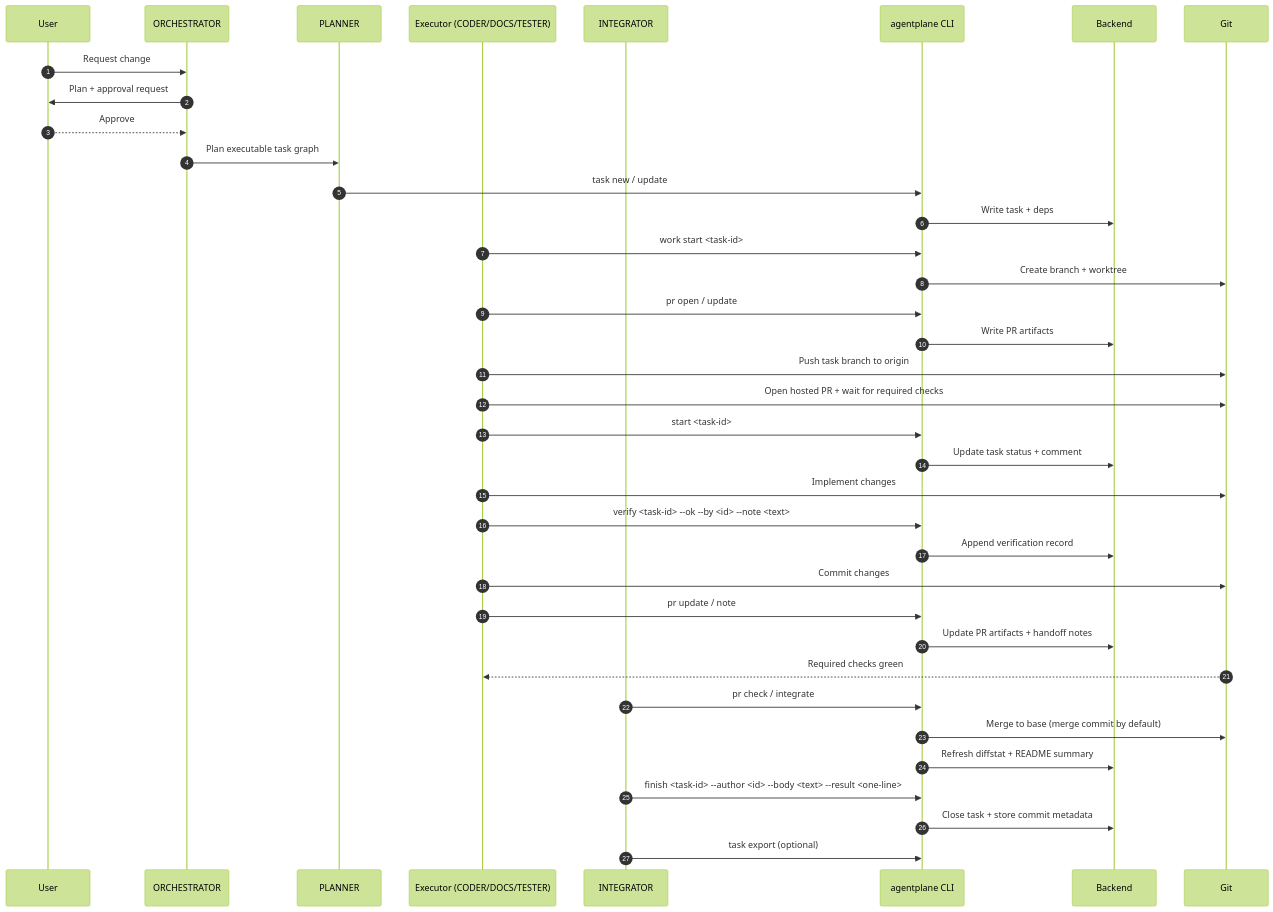
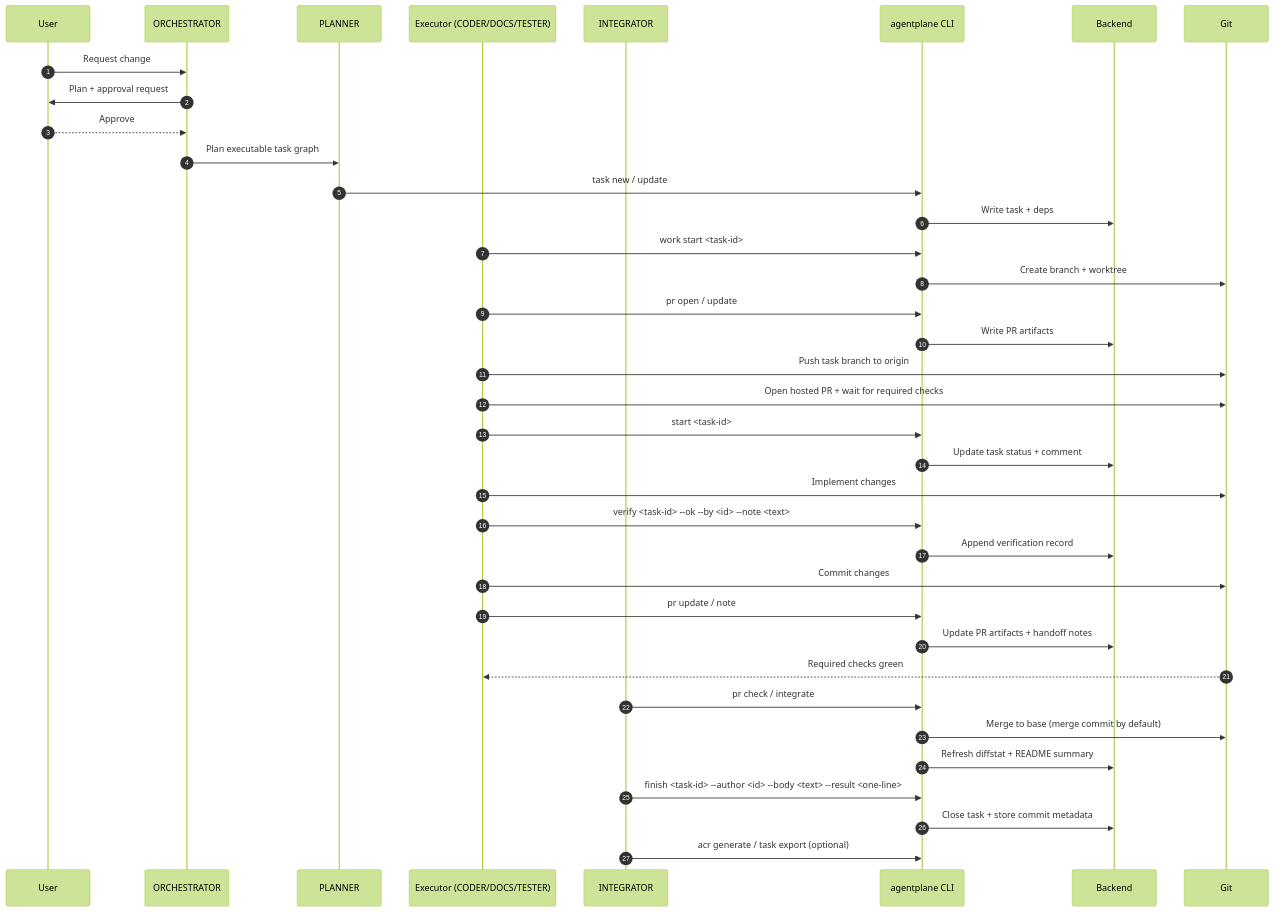
Before and after one commit to basilisk-labs/agentplane: the third of 3 diagrams in docs/user/task-lifecycle.mdx, drawn with Mermaid (forest theme). The commit also changed other lines of this file and 7 other files, not shown here.

````diff
--- a/docs/user/task-lifecycle.mdx
+++ b/docs/user/task-lifecycle.mdx
@@ -155,40 +157,40 @@
 ```mermaid
 sequenceDiagram
   autonumber
   participant U as User
   participant O as ORCHESTRATOR
   participant P as PLANNER
   participant E as Executor (CODER/DOCS/TESTER)
   participant I as INTEGRATOR
   participant CLI as agentplane CLI
   participant B as Backend
   participant G as Git
 
   U->>O: Request change
   O->>U: Plan + approval request
   U-->>O: Approve
   O->>P: Plan executable task graph
   P->>CLI: task new / update
   CLI->>B: Write task + deps
   E->>CLI: work start <task-id>
   CLI->>G: Create branch + worktree
   E->>CLI: pr open / update
   CLI->>B: Write PR artifacts
   E->>G: Push task branch to origin
   E->>G: Open hosted PR + wait for required checks
   E->>CLI: start <task-id>
   CLI->>B: Update task status + comment
   E->>G: Implement changes
   E->>CLI: verify <task-id> --ok --by <id> --note <text>
   CLI->>B: Append verification record
   E->>G: Commit changes
   E->>CLI: pr update / note
   CLI->>B: Update PR artifacts + handoff notes
   G-->>E: Required checks green
   I->>CLI: pr check / integrate
   CLI->>G: Merge to base (merge commit by default)
   CLI->>B: Refresh diffstat + README summary
   I->>CLI: finish <task-id> --author <id> --body <text> --result <one-line>
   CLI->>B: Close task + store commit metadata
-  I->>CLI: task export (optional)
+  I->>CLI: acr generate / task export (optional)
 ```
````
